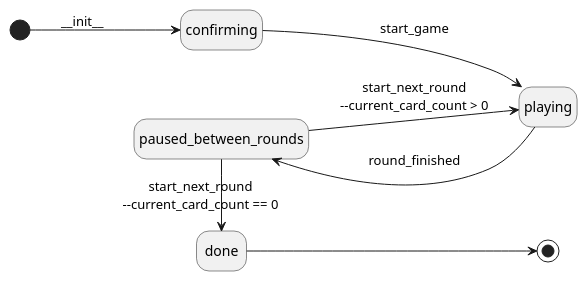
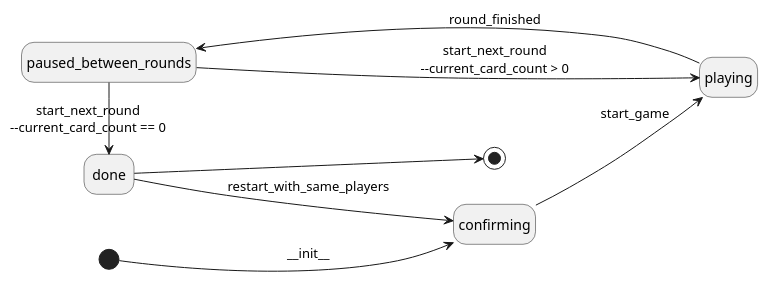
The second of 5 diagrams in README.org (pcrama/rikiki), drawn with PlantUML before and after one commit. The commit also changed other lines of this file and 6 other files, not shown here.

Commit message:
Allow to restart a game with same players

```diff
--- a/README.org
+++ b/README.org
@@ -146,10 +146,11 @@
 #+BEGIN_SRC plantuml :file doc/models_game_state_diagram.png
   hide empty description
   left to right direction
   [*] --> confirming : _~_init~_~_
   confirming --> playing : start_game
   playing --> paused_between_rounds : round_finished
   paused_between_rounds --> playing : start_next_round\n--current_card_count > 0
   paused_between_rounds -> done : start_next_round\n--current_card_count == 0
+  done --> confirming : restart_with_same_players
   done --> [*]
 #+END_SRC
```
